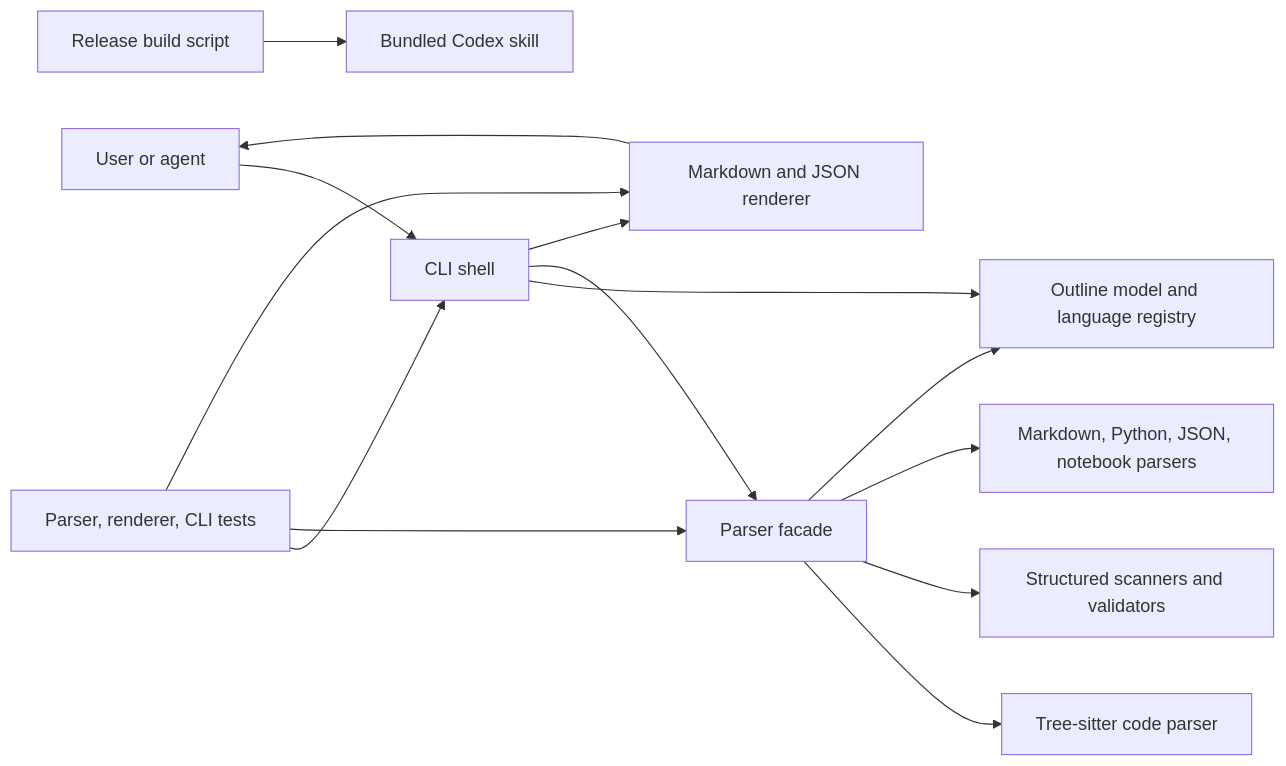
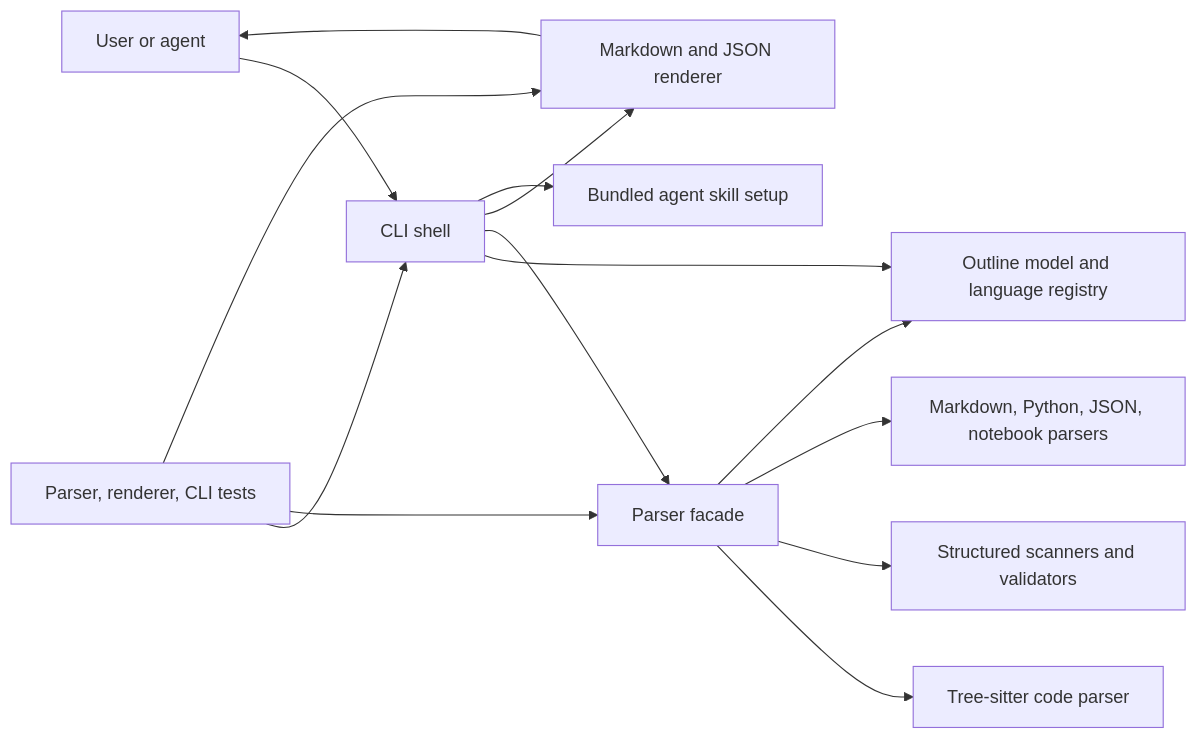
Before and after one commit to alendit/wot: the first of 2 diagrams in docs/architecture.md, drawn with Mermaid. The commit also changed other lines of this file and 6 other files, not shown here.

Commit message:
feat: add explicit skill setup command

````diff
--- a/docs/architecture.md
+++ b/docs/architecture.md
@@ -35,16 +35,16 @@
 ```mermaid
 flowchart LR
     User["User or agent"] --> CLI["CLI shell"]
     CLI --> Model["Outline model and language registry"]
     CLI --> Parsers["Parser facade"]
     Parsers --> Code["Tree-sitter code parser"]
     Parsers --> Structured["Structured scanners and validators"]
     Parsers --> Text["Markdown, Python, JSON, notebook parsers"]
     Parsers --> Model
     CLI --> Renderer["Markdown and JSON renderer"]
     Renderer --> User
-    Build["Release build script"] --> Skill["Bundled Codex skill"]
+    CLI --> Skill["Bundled agent skill setup"]
     Tests["Parser, renderer, CLI tests"] --> CLI
     Tests --> Parsers
     Tests --> Renderer
 ```
````
